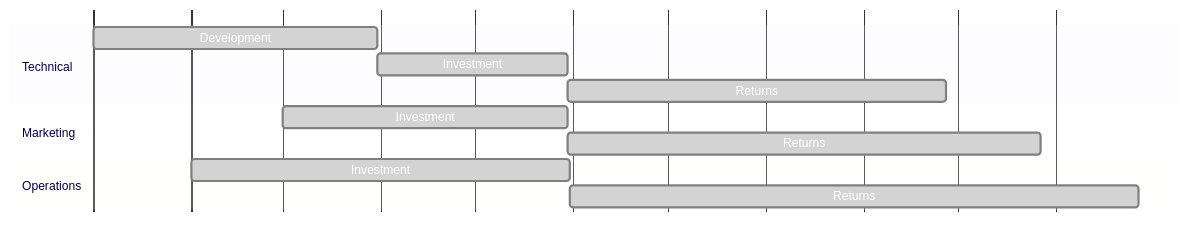
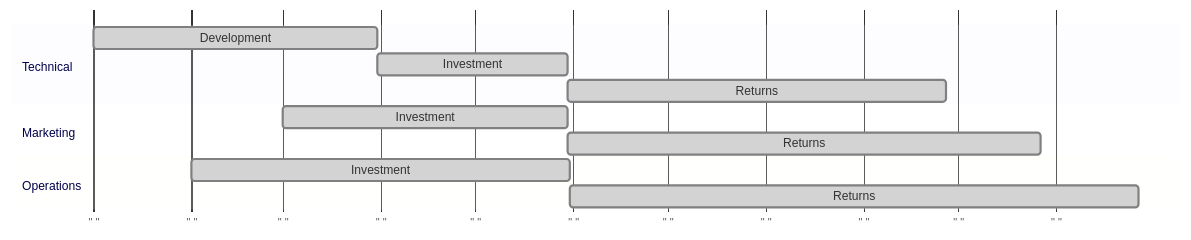
One commit to MEMEFANS/memefans changed the third of 14 diagrams in docs/whitepaper/product-features.md. Above: the diagram before and after it, drawn with Mermaid. The commit also changed other lines of this file, not shown here.

Commit message:
简化ROI时间轴：去掉多余配置，只保留必要的样式

````diff
--- a/docs/whitepaper/product-features.md
+++ b/docs/whitepaper/product-features.md
@@ -139,32 +139,32 @@
 ```mermaid
 gantt
-    %%{init: {
-        'theme': 'base',
-        'themeVariables': {
-            'primaryColor': '#9999ff',
-            'primaryTextColor': '#fff',
-            'primaryBorderColor': '#7777ff',
-            'lineColor': '#ffffff',
-            'gridColor': '#ffffff',
-            'sectionBkgColor': '#f5f5ff',
-            'sectionBkgColor2': '#fffff5'
-        }
-    }}%%
-    
     dateFormat YYYY-MM-DD
-    axisFormat ""
-    todayMarker off
+    axisFormat " "
     
     section Technical
     Development :done, dev1, 2024-01-01, 90d
     Investment  :done, inv1, after dev1, 60d
     Returns     :done, ret1, after inv1, 120d
     
     section Marketing
     Investment  :done, inv2, 2024-03-01, 90d
     Returns     :done, ret2, after inv2, 150d
     
     section Operations
     Investment  :done, inv3, 2024-02-01, 120d
     Returns     :done, ret3, after inv3, 180d
+
+    %% 隐藏时间轴和网格线
+    %%{
+        init: {
+            'theme': 'base',
+            'themeVariables': {
+                'primaryColor': '#9999ff',
+                'gridColor': '#ffffff',
+                'todayLineColor': '#ffffff',
+                'sectionBkgColor': '#f5f5ff',
+                'sectionBkgColor2': '#fffff5'
+            }
+        }
+    }%%
 ```
````
